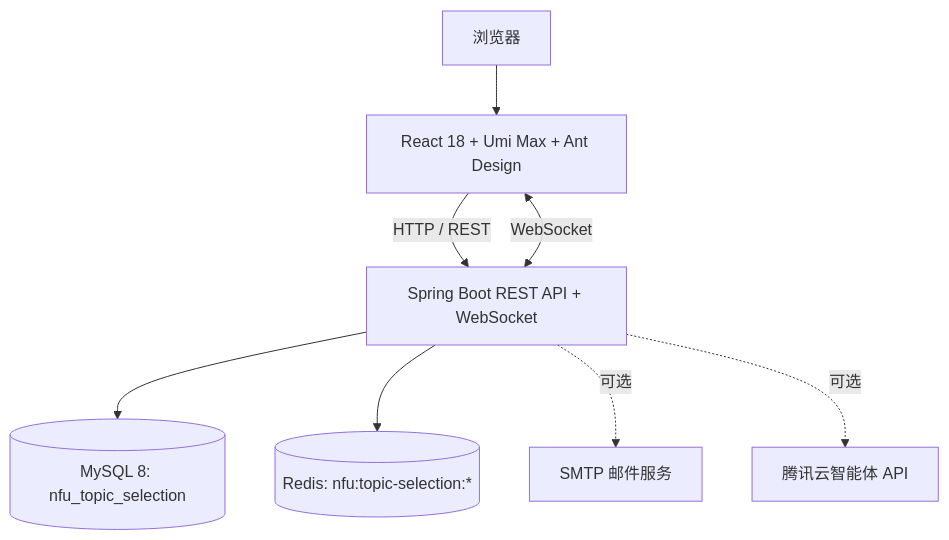
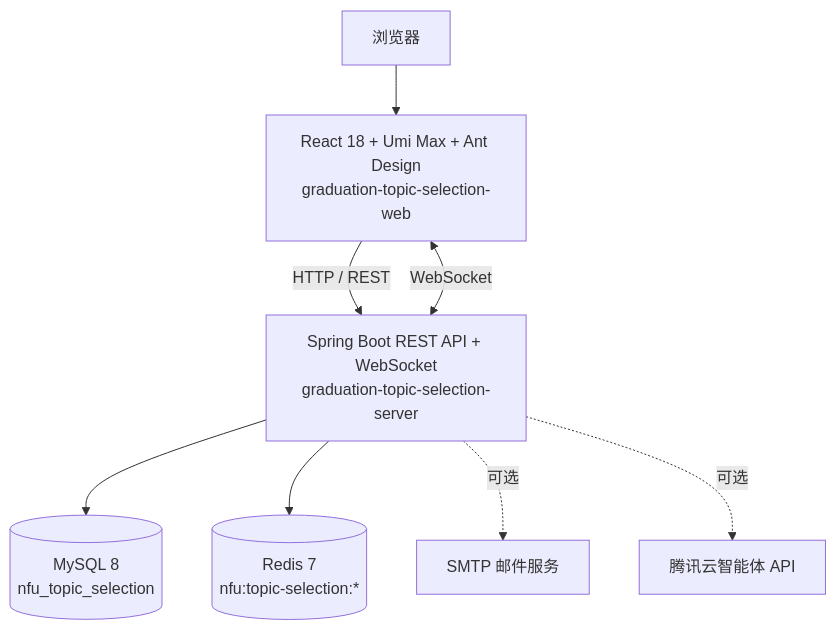
The second of 2 diagrams in README.md (wobushi041/NCG-Graduation-Topic-Selection-System), drawn with Mermaid before and after one commit. The commit also changed other lines of this file and 5 other files, not shown here.

````diff
--- a/README.md
+++ b/README.md
@@ -72,18 +109,18 @@
 ```mermaid
 flowchart TB
     U[浏览器]
-    F[React 18 + Umi Max + Ant Design]
-    B[Spring Boot REST API + WebSocket]
-    M[(MySQL 8: nfu_topic_selection)]
-    R[(Redis: nfu:topic-selection:*)]
+    F[React 18 + Umi Max + Ant Design<br/>graduation-topic-selection-web]
+    B[Spring Boot REST API + WebSocket<br/>graduation-topic-selection-server]
+    M[(MySQL 8<br/>nfu_topic_selection)]
+    R[(Redis 7<br/>nfu:topic-selection:*)]
     S[SMTP 邮件服务]
     AI[腾讯云智能体 API]
 
     U --> F
     F -->|HTTP / REST| B
     F <-->|WebSocket| B
     B --> M
     B --> R
     B -. 可选 .-> S
     B -. 可选 .-> AI
 ```
````
